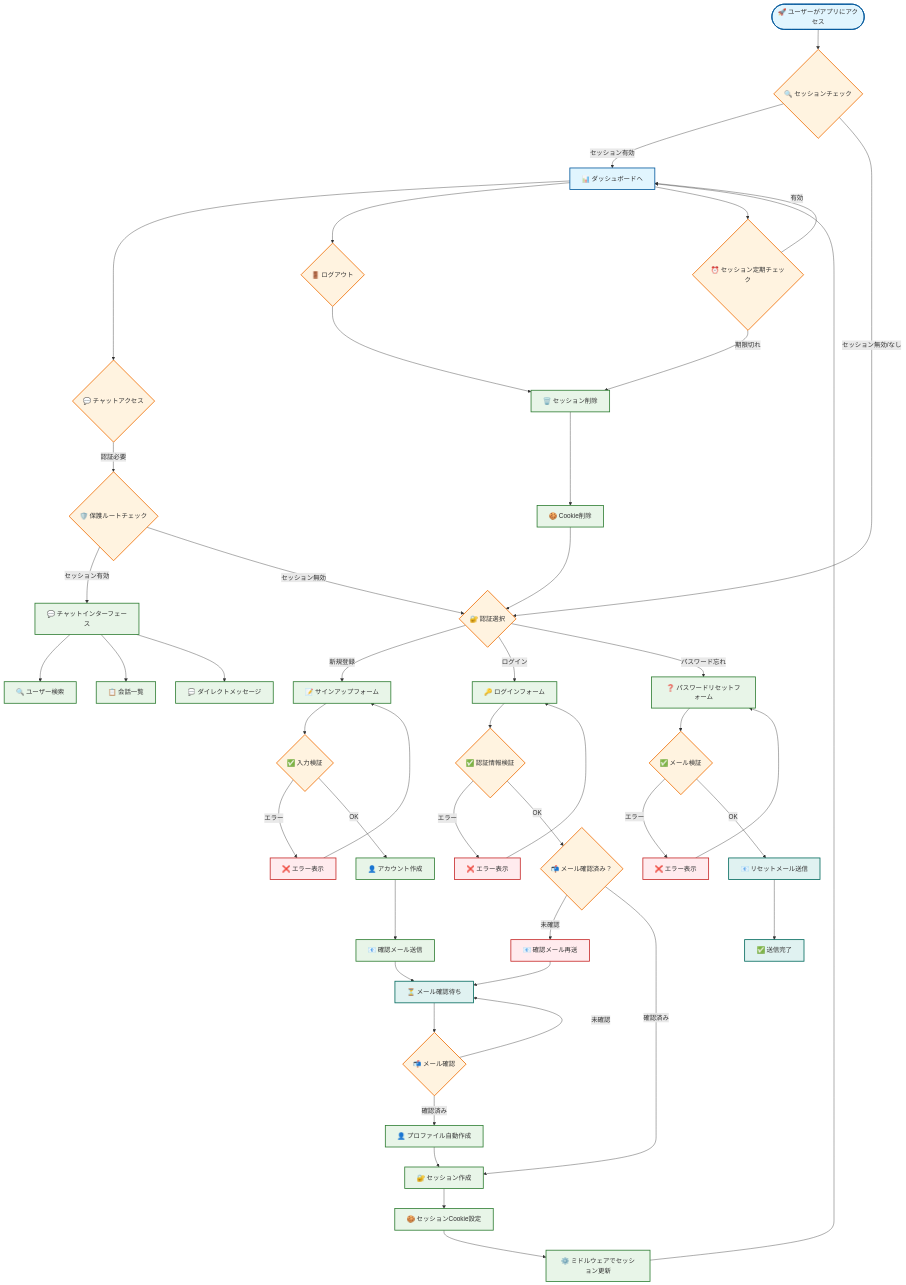
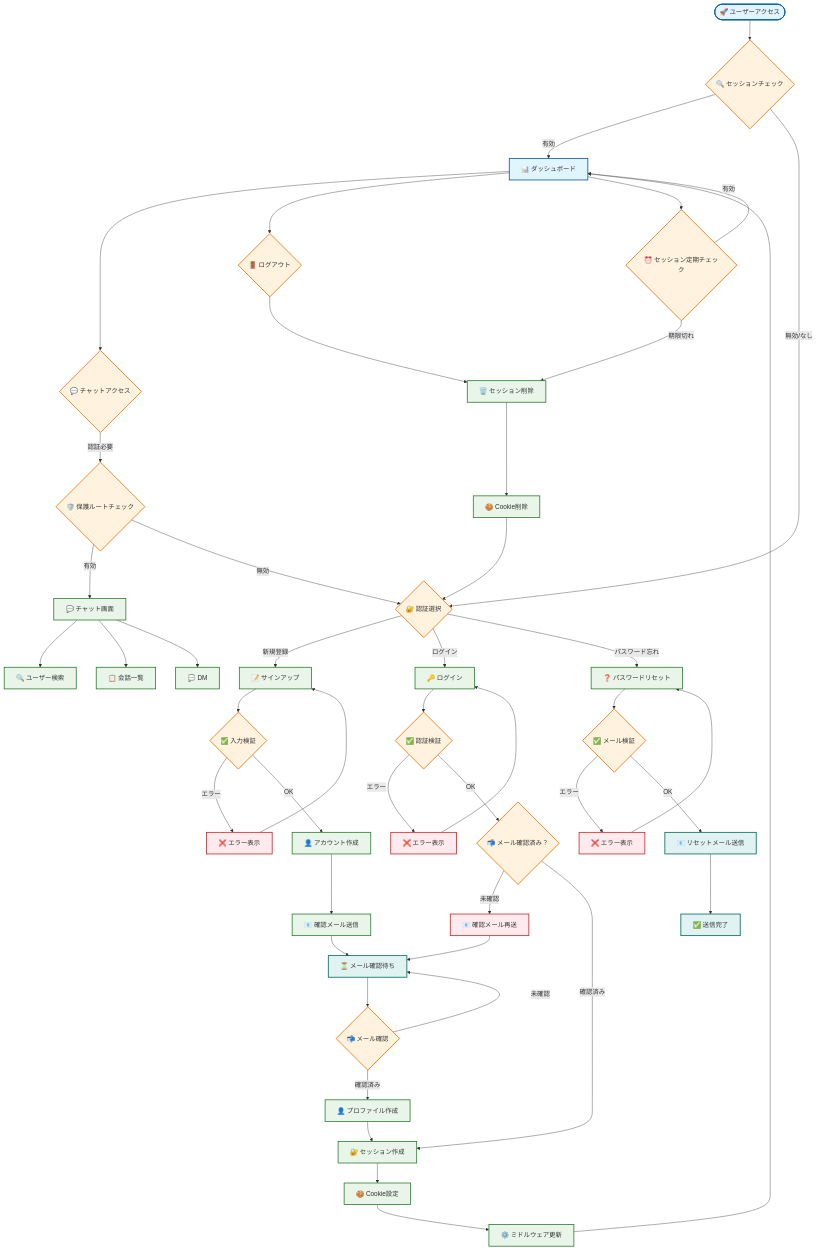
Before and after one commit to 0sa0sa/web-chat: the diagram in docs/archi/diagrams/auth-flow.md, drawn with Mermaid. The commit also changed other lines of this file and 4 other files, not shown here.

````diff
--- a/docs/archi/diagrams/auth-flow.md
+++ b/docs/archi/diagrams/auth-flow.md
@@ -5,82 +5,82 @@
 ```mermaid
 flowchart TD
-    %% Web Chat System - 認証フロー図
+    %% Web Chat System - Authentication Flow
     
-    Start([🚀 ユーザーがアプリにアクセス]) --> CheckSession{🔍 セッションチェック}
+    Start([🚀 ユーザーアクセス]) --> CheckSession{🔍 セッションチェック}
     
-    CheckSession -->|セッション有効| Dashboard[📊 ダッシュボードへ]
-    CheckSession -->|セッション無効/なし| AuthChoice{🔐 認証選択}
+    CheckSession -->|有効| Dashboard[📊 ダッシュボード]
+    CheckSession -->|無効/なし| AuthChoice{🔐 認証選択}
     
-    AuthChoice -->|新規登録| SignUpForm[📝 サインアップフォーム]
-    AuthChoice -->|ログイン| LoginForm[🔑 ログインフォーム]
-    AuthChoice -->|パスワード忘れ| ForgotForm[❓ パスワードリセットフォーム]
+    AuthChoice -->|新規登録| SignUpForm[📝 サインアップ]
+    AuthChoice -->|ログイン| LoginForm[🔑 ログイン]
+    AuthChoice -->|パスワード忘れ| ForgotForm[❓ パスワードリセット]
     
     %% サインアップフロー
     SignUpForm --> ValidateSignUp{✅ 入力検証}
     ValidateSignUp -->|エラー| SignUpError[❌ エラー表示]
     SignUpError --> SignUpForm
     ValidateSignUp -->|OK| CreateAccount[👤 アカウント作成]
     
     CreateAccount --> SendConfirmEmail[📧 確認メール送信]
     SendConfirmEmail --> WaitConfirm[⏳ メール確認待ち]
     WaitConfirm --> EmailConfirm{📬 メール確認}
     EmailConfirm -->|未確認| WaitConfirm
-    EmailConfirm -->|確認済み| CreateProfile[👤 プロファイル自動作成]
+    EmailConfirm -->|確認済み| CreateProfile[👤 プロファイル作成]
     
     %% ログインフロー
-    LoginForm --> ValidateLogin{✅ 認証情報検証}
+    LoginForm --> ValidateLogin{✅ 認証検証}
     ValidateLogin -->|エラー| LoginError[❌ エラー表示]
     LoginError --> LoginForm
     ValidateLogin -->|OK| CheckEmailConfirm{📬 メール確認済み？}
     
     CheckEmailConfirm -->|未確認| EmailNotConfirmed[📧 確認メール再送]
     EmailNotConfirmed --> WaitConfirm
     CheckEmailConfirm -->|確認済み| CreateSession[🔐 セッション作成]
     
-    %% パスワードリセットフロー
+    %% パスワードリセット
     ForgotForm --> ValidateEmail{✅ メール検証}
     ValidateEmail -->|エラー| ForgotError[❌ エラー表示]
     ForgotError --> ForgotForm
     ValidateEmail -->|OK| SendResetEmail[📧 リセットメール送信]
     SendResetEmail --> ResetSuccess[✅ 送信完了]
     
     %% セッション作成後
     CreateProfile --> CreateSession
-    CreateSession --> SetCookie[🍪 セッションCookie設定]
-    SetCookie --> UpdateMiddleware[⚙️ ミドルウェアでセッション更新]
+    CreateSession --> SetCookie[🍪 Cookie設定]
+    SetCookie --> UpdateMiddleware[⚙️ ミドルウェア更新]
     UpdateMiddleware --> Dashboard
     
     %% ダッシュボード内フロー
     Dashboard --> ChatAccess{💬 チャットアクセス}
     ChatAccess -->|認証必要| ProtectedCheck{🛡️ 保護ルートチェック}
-    ProtectedCheck -->|セッション有効| ChatInterface[💬 チャットインターフェース]
-    ProtectedCheck -->|セッション無効| AuthChoice
+    ProtectedCheck -->|有効| ChatInterface[💬 チャット画面]
+    ProtectedCheck -->|無効| AuthChoice
     
     ChatInterface --> UserSearch[🔍 ユーザー検索]
     ChatInterface --> ConversationList[📋 会話一覧]
-    ChatInterface --> DirectMessage[💬 ダイレクトメッセージ]
+    ChatInterface --> DirectMessage[💬 DM]
     
-    %% ログアウトフロー
+    %% ログアウト
     Dashboard --> Logout{🚪 ログアウト}
     Logout --> ClearSession[🗑️ セッション削除]
     ClearSession --> ClearCookie[🍪 Cookie削除]
     ClearCookie --> AuthChoice
     
     %% セッション管理
     Dashboard --> SessionCheck{⏰ セッション定期チェック}
     SessionCheck -->|有効| Dashboard
     SessionCheck -->|期限切れ| ClearSession
     
-    %% スタイリング
+    %% Styling
     classDef startEnd fill:#e1f5fe,stroke:#01579b,stroke-width:2px
     classDef process fill:#e8f5e8,stroke:#2e7d32,stroke-width:2px
     classDef decision fill:#fff3e0,stroke:#ef6c00,stroke-width:2px
     classDef error fill:#ffebee,stroke:#c62828,stroke-width:2px
     classDef success fill:#e0f2f1,stroke:#00695c,stroke-width:2px
     
     class Start,Dashboard startEnd
     class SignUpForm,LoginForm,ForgotForm,CreateAccount,SendConfirmEmail,CreateProfile,CreateSession,SetCookie,UpdateMiddleware,ChatInterface,UserSearch,ConversationList,DirectMessage,ClearSession,ClearCookie process
     class CheckSession,AuthChoice,ValidateSignUp,EmailConfirm,ValidateLogin,CheckEmailConfirm,ValidateEmail,ChatAccess,ProtectedCheck,Logout,SessionCheck decision
     class SignUpError,LoginError,ForgotError,EmailNotConfirmed error
     class WaitConfirm,SendResetEmail,ResetSuccess success
 ```
````
